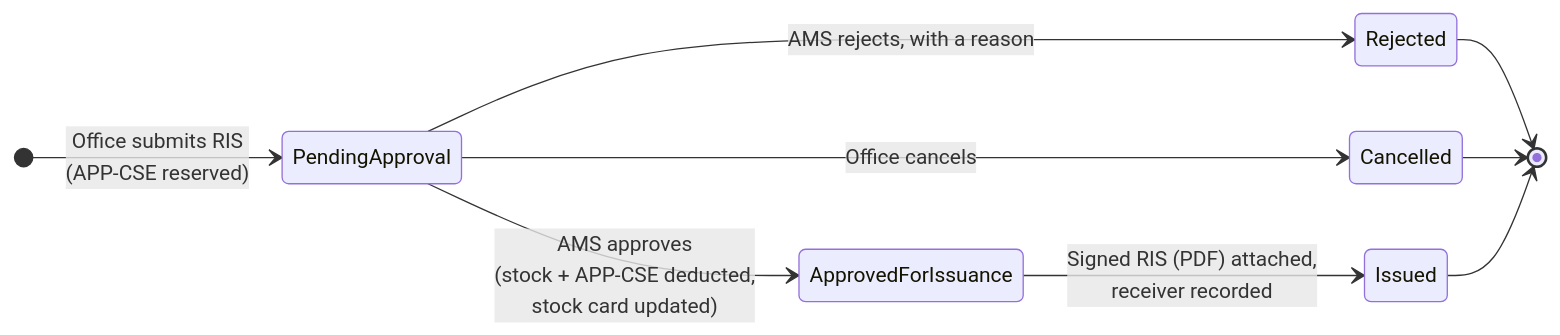
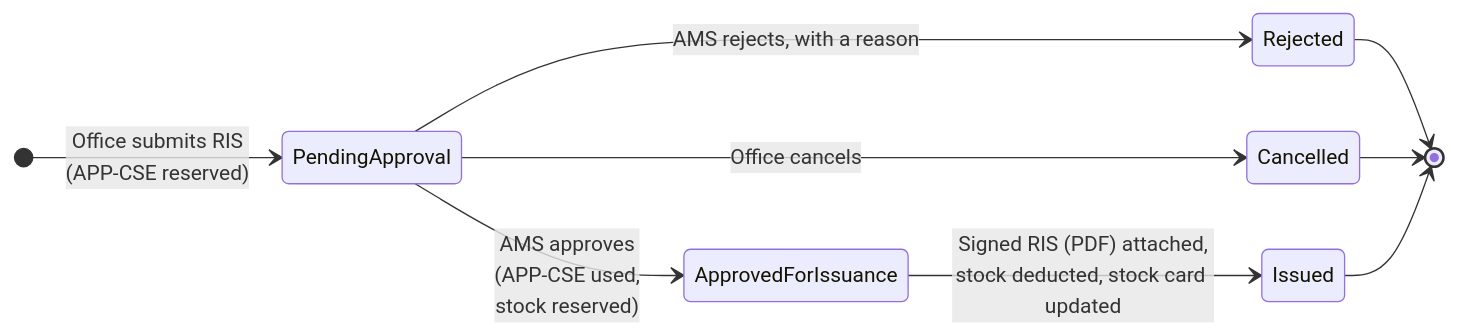
Before and after one commit to Oshinobi-obi/AMS_Storage_and_Report_System: the diagram in README.md, drawn with Mermaid. The commit also changed other lines of this file and 56 other files, not shown here.

````diff
--- a/README.md
+++ b/README.md
@@ -69,12 +69,12 @@
 ```mermaid
 stateDiagram-v2
     direction LR
     [*] --> PendingApproval: Office submits RIS<br/>(APP-CSE reserved)
     PendingApproval --> Rejected: AMS rejects, with a reason
     PendingApproval --> Cancelled: Office cancels
-    PendingApproval --> ApprovedForIssuance: AMS approves<br/>(stock + APP-CSE deducted,<br/>stock card updated)
-    ApprovedForIssuance --> Issued: Signed RIS (PDF) attached,<br/>receiver recorded
+    PendingApproval --> ApprovedForIssuance: AMS approves<br/>(APP-CSE used,<br/>stock reserved)
+    ApprovedForIssuance --> Issued: Signed RIS (PDF) attached,<br/>stock deducted, stock card updated
     Rejected --> [*]
     Cancelled --> [*]
     Issued --> [*]
 ```
````
